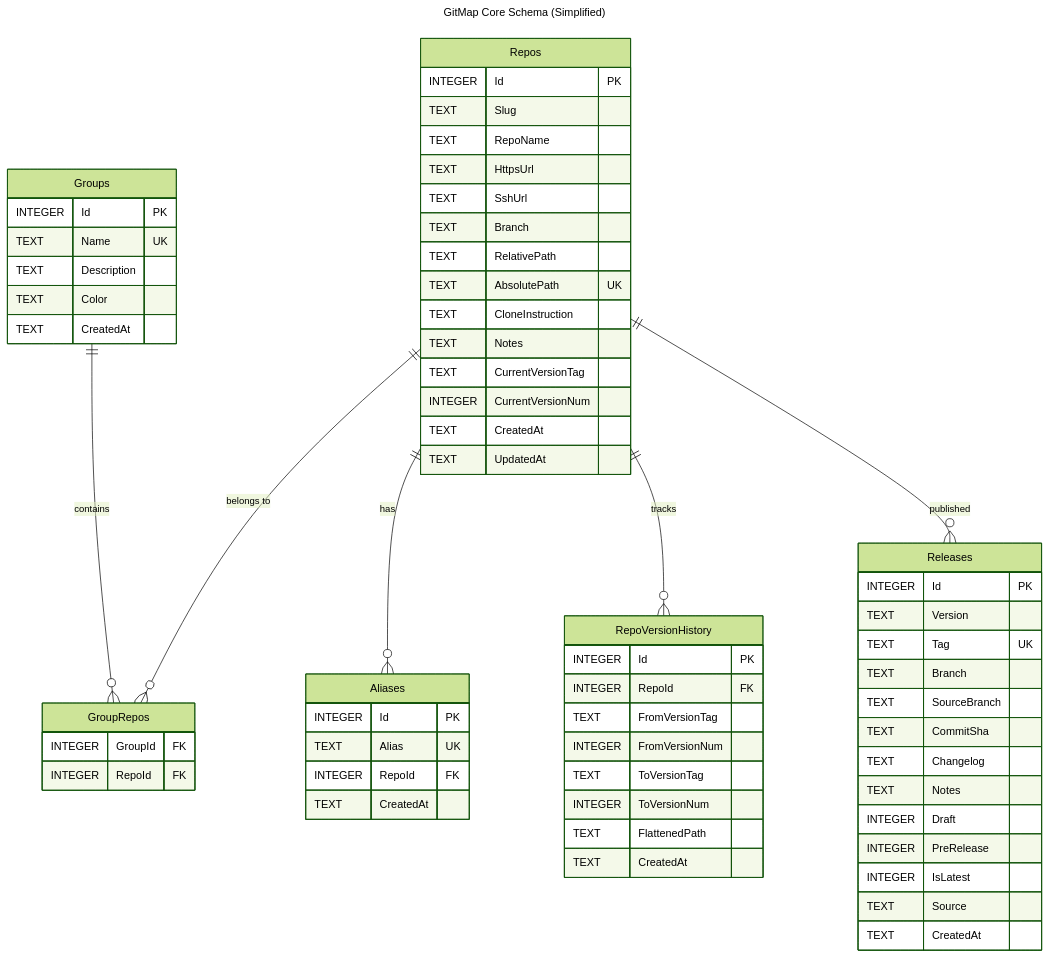
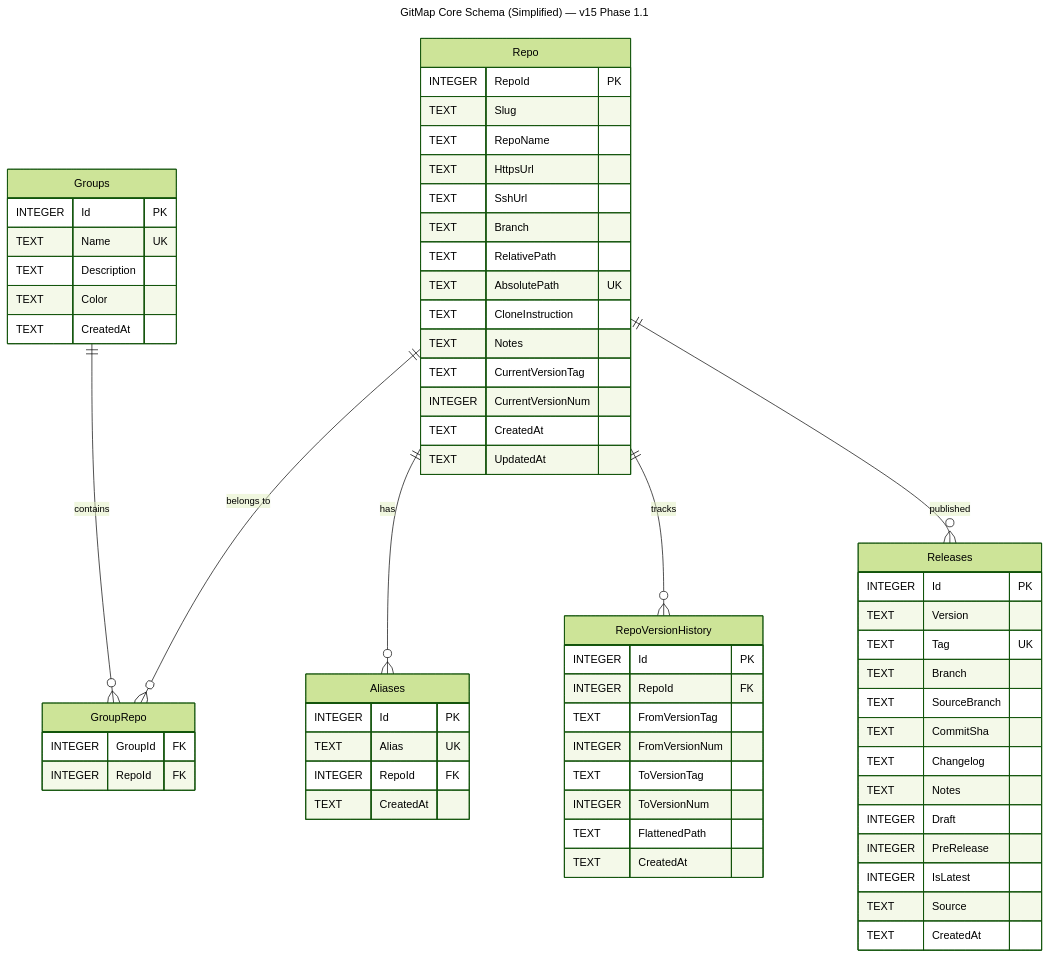
Before and after one commit to alimtvnetwork/gitmap-v4: the diagram in spec/01-app/gitmap-core-schema-simplified.mmd, drawn with Mermaid (forest theme). The commit also changed 2 other files, not shown here.

```diff
--- a/spec/01-app/gitmap-core-schema-simplified.mmd
+++ b/spec/01-app/gitmap-core-schema-simplified.mmd
@@ -1,73 +1,73 @@
 ---
-title: GitMap Core Schema (Simplified)
+title: GitMap Core Schema (Simplified) — v15 Phase 1.1
 ---
 erDiagram
-    Repos {
-        INTEGER Id PK
+    Repo {
+        INTEGER RepoId PK
         TEXT Slug
         TEXT RepoName
         TEXT HttpsUrl
         TEXT SshUrl
         TEXT Branch
         TEXT RelativePath
         TEXT AbsolutePath UK
         TEXT CloneInstruction
         TEXT Notes
         TEXT CurrentVersionTag
         INTEGER CurrentVersionNum
         TEXT CreatedAt
         TEXT UpdatedAt
     }
 
     Groups {
         INTEGER Id PK
         TEXT Name UK
         TEXT Description
         TEXT Color
         TEXT CreatedAt
     }
 
-    GroupRepos {
+    GroupRepo {
         INTEGER GroupId FK
         INTEGER RepoId FK
     }
 
     Aliases {
         INTEGER Id PK
         TEXT Alias UK
         INTEGER RepoId FK
         TEXT CreatedAt
     }
 
     RepoVersionHistory {
         INTEGER Id PK
         INTEGER RepoId FK
         TEXT FromVersionTag
         INTEGER FromVersionNum
         TEXT ToVersionTag
         INTEGER ToVersionNum
         TEXT FlattenedPath
         TEXT CreatedAt
     }
 
     Releases {
         INTEGER Id PK
         TEXT Version
         TEXT Tag UK
         TEXT Branch
         TEXT SourceBranch
         TEXT CommitSha
         TEXT Changelog
         TEXT Notes
         INTEGER Draft
         INTEGER PreRelease
         INTEGER IsLatest
         TEXT Source
         TEXT CreatedAt
     }
 
-    Repos ||--o{ GroupRepos : "belongs to"
-    Groups ||--o{ GroupRepos : "contains"
-    Repos ||--o{ Aliases : "has"
-    Repos ||--o{ RepoVersionHistory : "tracks"
-    Repos ||--o{ Releases : "published"
+    Repo ||--o{ GroupRepo : "belongs to"
+    Groups ||--o{ GroupRepo : "contains"
+    Repo ||--o{ Aliases : "has"
+    Repo ||--o{ RepoVersionHistory : "tracks"
+    Repo ||--o{ Releases : "published"
```
